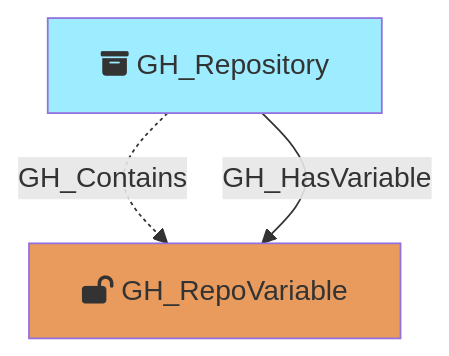
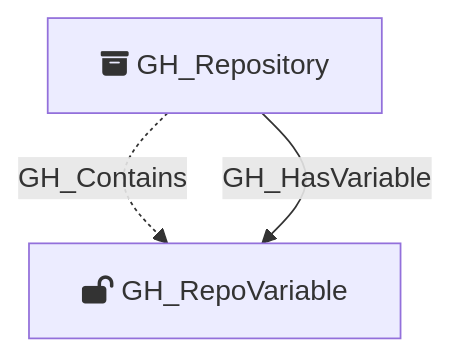
The diagram in Documentation/NodeDescriptions/GH_RepoVariable.md (SpecterOps/GitHound), drawn with Mermaid before and after one commit. The commit also changed 23 other files, not shown here.

Commit message:
rm mermaid box colors

````diff
--- a/Documentation/NodeDescriptions/GH_RepoVariable.md
+++ b/Documentation/NodeDescriptions/GH_RepoVariable.md
@@ -37,11 +37,9 @@
 ```mermaid
 flowchart TD
     GH_RepoVariable[fa:fa-lock-open GH_RepoVariable]
     GH_Repository[fa:fa-box-archive GH_Repository]
 
-    style GH_RepoVariable fill:#E89B5C
-    style GH_Repository fill:#9EECFF
 
     GH_Repository -.->|GH_Contains| GH_RepoVariable
     GH_Repository -->|GH_HasVariable| GH_RepoVariable
 ```
````
